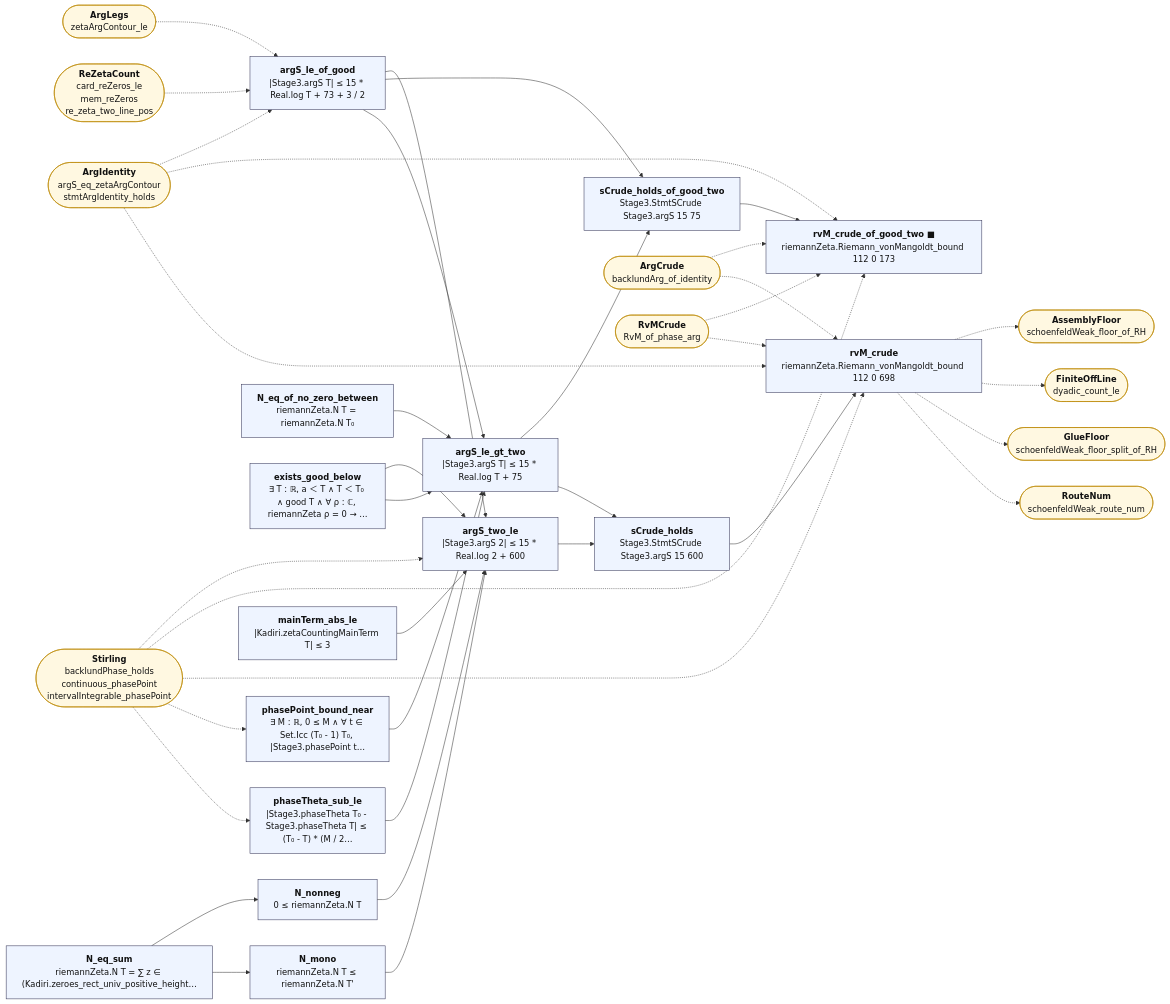
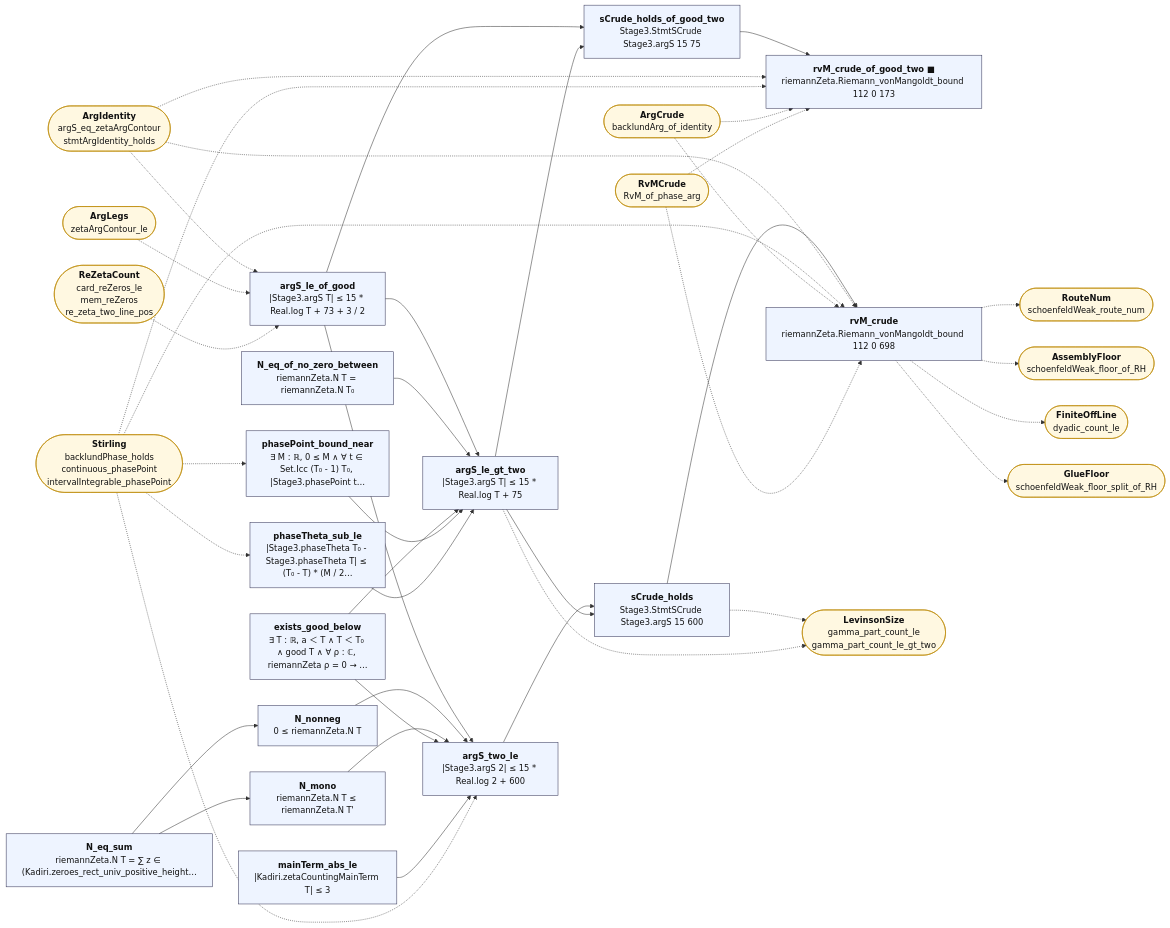
Before and after one commit to juliansambranojr/Primebeat_081426: the diagram in map/lean_stage3/ArgCount.mmd, drawn with Mermaid. The commit also changed 23 other files, not shown here.

```diff
--- a/map/lean_stage3/ArgCount.mmd
+++ b/map/lean_stage3/ArgCount.mmd
@@ -1,70 +1,73 @@
 flowchart LR
   n0["<b>argS_le_of_good</b><br/>|Stage3.argS T| ≤ 15 * Real.log T + 73 + 3 / 2"]:::thm
   n1["<b>N_eq_sum</b><br/>riemannZeta.N T = ∑ z ∈ (Kadiri.zeroes_rect_univ_positive_height…"]:::thm
   n2["<b>N_nonneg</b><br/>0 ≤ riemannZeta.N T"]:::thm
   n3["<b>N_mono</b><br/>riemannZeta.N T ≤ riemannZeta.N T'"]:::thm
   n4["<b>N_eq_of_no_zero_between</b><br/>riemannZeta.N T = riemannZeta.N T₀"]:::thm
   n5["<b>exists_good_below</b><br/>∃ T : ℝ, a ＜ T ∧ T ＜ T₀ ∧ good T ∧ ∀ ρ : ℂ, riemannZeta ρ = 0 → …"]:::thm
   n6["<b>phasePoint_bound_near</b><br/>∃ M : ℝ, 0 ≤ M ∧ ∀ t ∈ Set.Icc (T₀ - 1) T₀, |Stage3.phasePoint t…"]:::thm
   n7["<b>phaseTheta_sub_le</b><br/>|Stage3.phaseTheta T₀ - Stage3.phaseTheta T| ≤ (T₀ - T) * (M / 2…"]:::thm
   n8["<b>argS_le_gt_two</b><br/>|Stage3.argS T| ≤ 15 * Real.log T + 75"]:::thm
   n9["<b>mainTerm_abs_le</b><br/>|Kadiri.zetaCountingMainTerm T| ≤ 3"]:::thm
   n10["<b>argS_two_le</b><br/>|Stage3.argS 2| ≤ 15 * Real.log 2 + 600"]:::thm
   n11["<b>sCrude_holds_of_good_two</b><br/>Stage3.StmtSCrude Stage3.argS 15 75"]:::thm
   n12["<b>sCrude_holds</b><br/>Stage3.StmtSCrude Stage3.argS 15 600"]:::thm
   n13["<b>rvM_crude_of_good_two ■</b><br/>riemannZeta.Riemann_vonMangoldt_bound 112 0 173"]:::thm
   n14["<b>rvM_crude</b><br/>riemannZeta.Riemann_vonMangoldt_bound 112 0 698"]:::thm
   x0(["<b>ArgIdentity</b><br/>argS_eq_zetaArgContour<br/>stmtArgIdentity_holds"]):::ext
   x1(["<b>ArgLegs</b><br/>zetaArgContour_le"]):::ext
   x2(["<b>ReZetaCount</b><br/>card_reZeros_le<br/>mem_reZeros<br/>re_zeta_two_line_pos"]):::ext
   x3(["<b>Stirling</b><br/>backlundPhase_holds<br/>continuous_phasePoint<br/>intervalIntegrable_phasePoint"]):::ext
-  x4(["<b>ArgCrude</b><br/>backlundArg_of_identity"]):::ext
-  x5(["<b>RvMCrude</b><br/>RvM_of_phase_arg"]):::ext
-  x6(["<b>AssemblyFloor</b><br/>schoenfeldWeak_floor_of_RH"]):::ext
-  x7(["<b>FiniteOffLine</b><br/>dyadic_count_le"]):::ext
-  x8(["<b>GlueFloor</b><br/>schoenfeldWeak_floor_split_of_RH"]):::ext
-  x9(["<b>RouteNum</b><br/>schoenfeldWeak_route_num"]):::ext
+  x4(["<b>LevinsonSize</b><br/>gamma_part_count_le<br/>gamma_part_count_le_gt_two"]):::ext
+  x5(["<b>ArgCrude</b><br/>backlundArg_of_identity"]):::ext
+  x6(["<b>RvMCrude</b><br/>RvM_of_phase_arg"]):::ext
+  x7(["<b>AssemblyFloor</b><br/>schoenfeldWeak_floor_of_RH"]):::ext
+  x8(["<b>FiniteOffLine</b><br/>dyadic_count_le"]):::ext
+  x9(["<b>GlueFloor</b><br/>schoenfeldWeak_floor_split_of_RH"]):::ext
+  x10(["<b>RouteNum</b><br/>schoenfeldWeak_route_num"]):::ext
   n0 --> n10
   n0 --> n11
   n0 --> n8
   n1 --> n2
   n1 --> n3
   n10 --> n12
   n11 --> n13
   n12 --> n14
   n2 --> n10
   n3 --> n10
   n4 --> n8
   n5 --> n10
   n5 --> n8
   n6 --> n8
   n7 --> n8
   n8 --> n11
   n8 --> n12
   n9 --> n10
-  n14 -.-> x6
+  n12 -.-> x4
+  n14 -.-> x10
   n14 -.-> x7
   n14 -.-> x8
   n14 -.-> x9
+  n8 -.-> x4
   x0 -.-> n0
   x0 -.-> n13
   x0 -.-> n14
   x1 -.-> n0
   x2 -.-> n0
   x3 -.-> n10
   x3 -.-> n13
   x3 -.-> n14
   x3 -.-> n6
   x3 -.-> n7
-  x4 -.-> n13
-  x4 -.-> n14
   x5 -.-> n13
   x5 -.-> n14
+  x6 -.-> n13
+  x6 -.-> n14
   classDef cnt fill:#dff5ec,stroke:#17694a,color:#111
   classDef shp fill:#f1ecfb,stroke:#5b3fa0,color:#111
   classDef rh fill:#ffe5e5,stroke:#c22,color:#111,stroke-width:2px
   classDef thm fill:#eef4ff,stroke:#335,color:#111
   classDef end_ fill:#e7f7e7,stroke:#2a7,color:#111,stroke-width:2px
   classDef lone fill:#fff,stroke:#999,color:#111,stroke-dasharray:4 3
   classDef bad fill:#ffe5e5,stroke:#c22,color:#111,stroke-width:2px
   classDef ext fill:#fff8e1,stroke:#b80,color:#111
```
